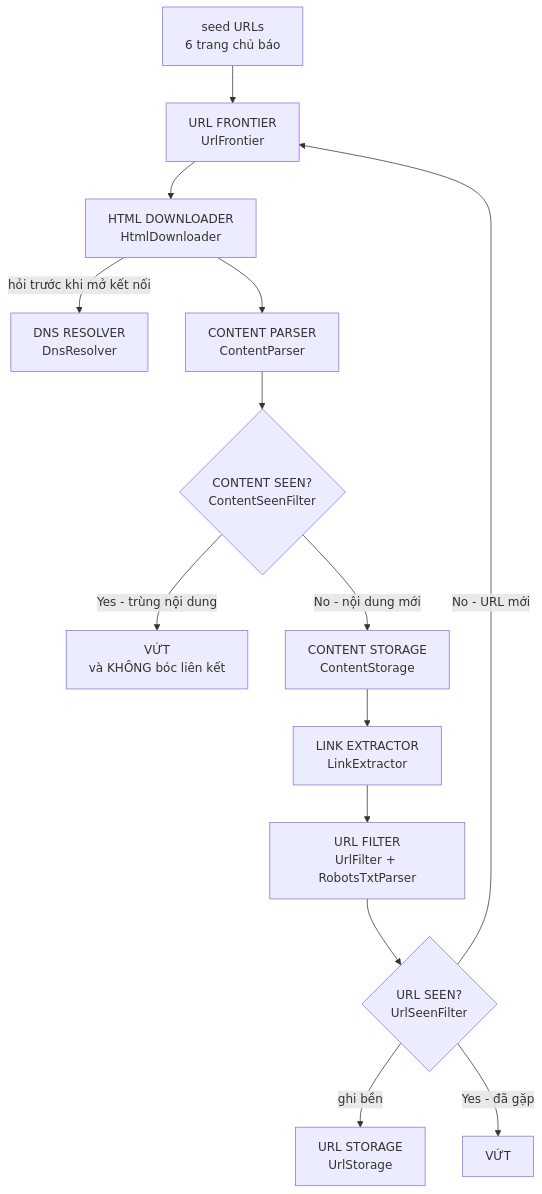
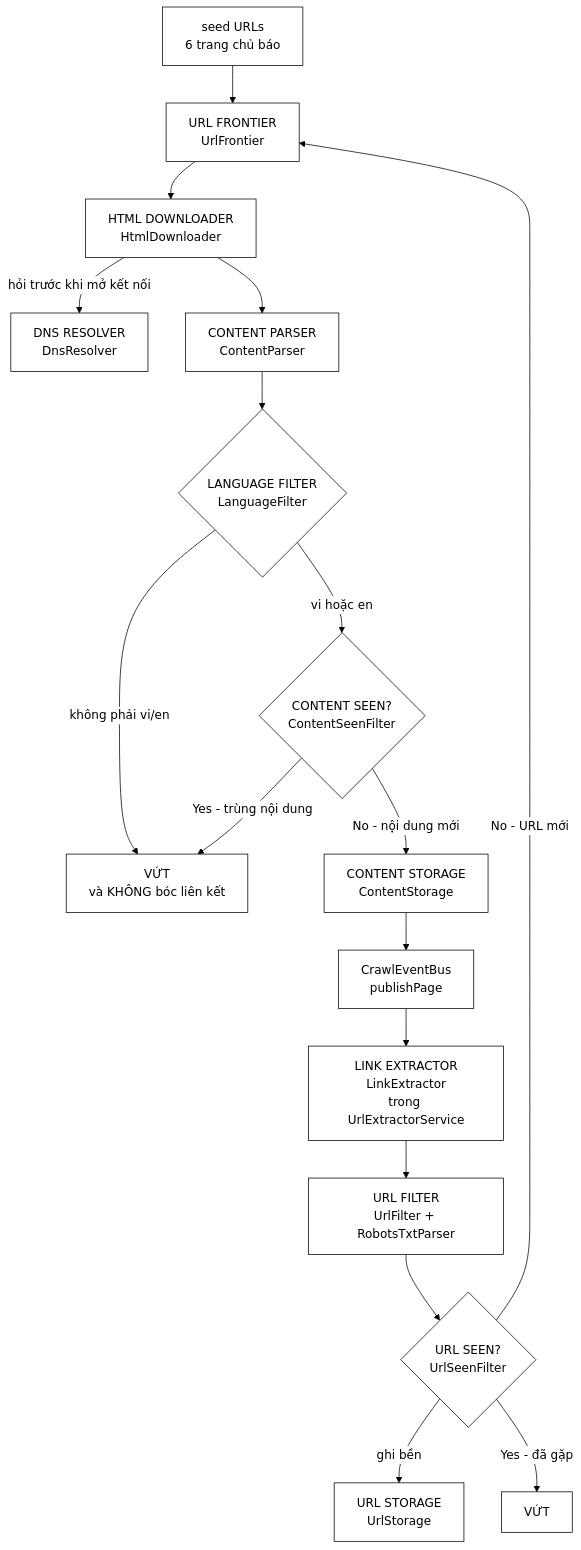
One commit to huynhlam3211-boop/Search_Engine_Project changed the second of 14 diagrams in docs/Math/01-crawler/00-SO-DO-TU-DUY.md. Above: the diagram before and after it, drawn with Mermaid. The commit also changed other lines of this file and 249 other files, not shown here.

````diff
--- a/docs/Math/01-crawler/00-SO-DO-TU-DUY.md
+++ b/docs/Math/01-crawler/00-SO-DO-TU-DUY.md
@@ -117,31 +184,37 @@
 ```mermaid
+%%{init:{'theme':'base','themeVariables':{'background':'#ffffff','primaryColor':'#ffffff','primaryTextColor':'#000000','primaryBorderColor':'#000000','secondaryColor':'#ffffff','secondaryTextColor':'#000000','secondaryBorderColor':'#000000','tertiaryColor':'#ffffff','tertiaryTextColor':'#000000','tertiaryBorderColor':'#000000','lineColor':'#000000','textColor':'#000000','mainBkg':'#ffffff','nodeBorder':'#000000','clusterBkg':'#ffffff','clusterBorder':'#000000','edgeLabelBackground':'#ffffff','actorBkg':'#ffffff','actorBorder':'#000000','actorTextColor':'#000000','actorLineColor':'#000000','signalColor':'#000000','signalTextColor':'#000000','labelBoxBkgColor':'#ffffff','labelBoxBorderColor':'#000000','labelTextColor':'#000000','loopTextColor':'#000000','noteBkgColor':'#ffffff','noteBorderColor':'#000000','noteTextColor':'#000000','sequenceNumberColor':'#ffffff','fontFamily':'ui-monospace, SFMono-Regular, Consolas, monospace'}}}%%
 
 flowchart TD
     SEED["seed URLs<br/>6 trang chủ báo"]
     UF["URL FRONTIER<br/>UrlFrontier"]
     HD["HTML DOWNLOADER<br/>HtmlDownloader"]
     DNS["DNS RESOLVER<br/>DnsResolver"]
     CP["CONTENT PARSER<br/>ContentParser"]
+    LF{"LANGUAGE FILTER<br/>LanguageFilter"}
     CS{"CONTENT SEEN?<br/>ContentSeenFilter"}
     DROP1["VỨT<br/>và KHÔNG bóc liên kết"]
     CST["CONTENT STORAGE<br/>ContentStorage"]
-    LE["LINK EXTRACTOR<br/>LinkExtractor"]
+    BUS["CrawlEventBus<br/>publishPage"]
+    LE["LINK EXTRACTOR<br/>LinkExtractor<br/>trong UrlExtractorService"]
     UFIL["URL FILTER<br/>UrlFilter + RobotsTxtParser"]
     US{"URL SEEN?<br/>UrlSeenFilter"}
     UST["URL STORAGE<br/>UrlStorage"]
     DROP2["VỨT"]
 
     SEED --> UF
     UF --> HD
     HD -->|"hỏi trước khi mở kết nối"| DNS
     HD --> CP
-    CP --> CS
+    CP --> LF
+    LF -->|"không phải vi/en"| DROP1
+    LF -->|"vi hoặc en"| CS
     CS -->|"Yes - trùng nội dung"| DROP1
     CS -->|"No - nội dung mới"| CST
-    CST --> LE
+    CST --> BUS
+    BUS --> LE
     LE --> UFIL
     UFIL --> US
     US -->|"ghi bền"| UST
     US -->|"Yes - đã gặp"| DROP2
     US -->|"No - URL mới"| UF
 ```
````
